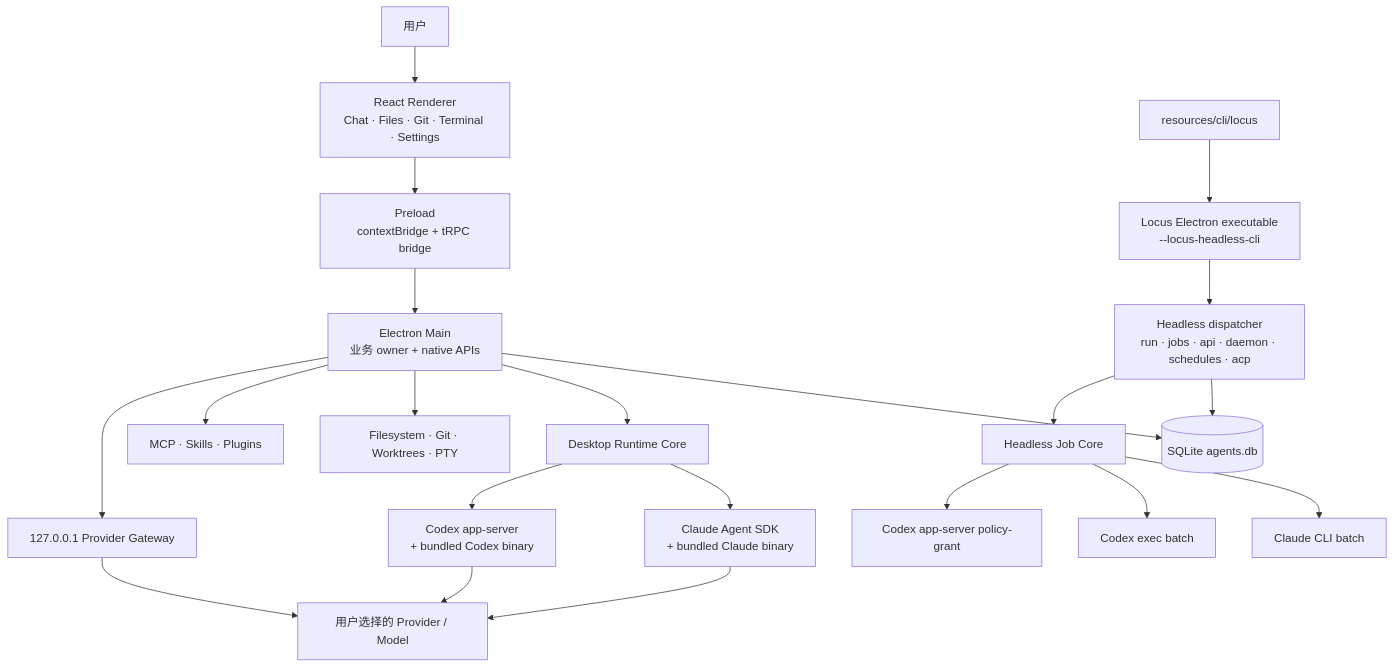
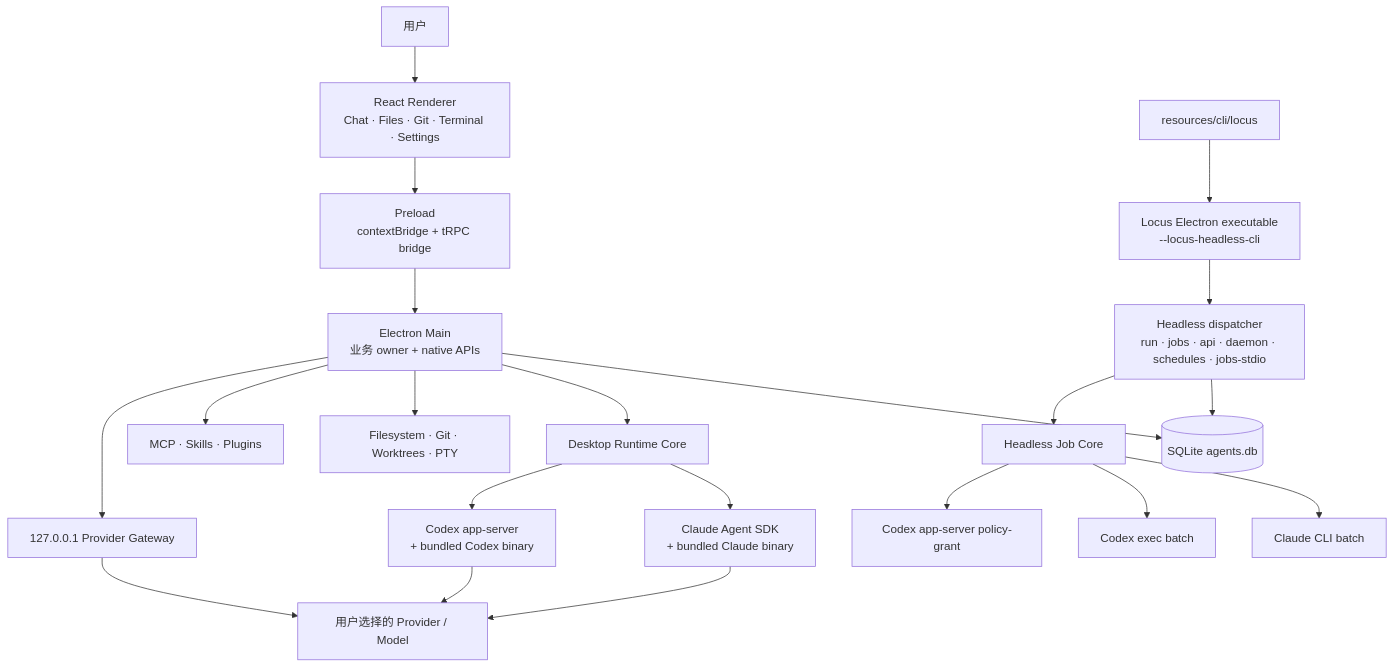
The first of 7 diagrams in docs/locus-architecture-strategy-handoff.zh-CN.md (lupanpan1030/agent-code-for-me), drawn with Mermaid before and after one commit. The commit also changed other lines of this file and 66 other files, not shown here.

````diff
--- a/docs/locus-architecture-strategy-handoff.zh-CN.md
+++ b/docs/locus-architecture-strategy-handoff.zh-CN.md
@@ -225,28 +230,28 @@
 ```mermaid
 flowchart TB
     HUMAN["用户"] --> RENDERER["React Renderer\nChat · Files · Git · Terminal · Settings"]
     RENDERER --> PRELOAD["Preload\ncontextBridge + tRPC bridge"]
     PRELOAD --> MAIN["Electron Main\n业务 owner + native APIs"]
 
     CLI["resources/cli/locus"] --> EXE["Locus Electron executable\n--locus-headless-cli"]
-    EXE --> HEADLESS["Headless dispatcher\nrun · jobs · api · daemon · schedules · acp"]
+    EXE --> HEADLESS["Headless dispatcher\nrun · jobs · api · daemon · schedules · jobs-stdio"]
 
     MAIN --> DB[("SQLite agents.db")]
     HEADLESS --> DB
 
     MAIN --> DESKTOPCORE["Desktop Runtime Core"]
     HEADLESS --> JOBCORE["Headless Job Core"]
 
     DESKTOPCORE --> CLAUDE["Claude Agent SDK\n+ bundled Claude binary"]
     DESKTOPCORE --> CODEX["Codex app-server\n+ bundled Codex binary"]
     JOBCORE --> CB["Claude CLI batch"]
     JOBCORE --> XB["Codex exec batch"]
     JOBCORE --> XA["Codex app-server policy-grant"]
 
     MAIN --> GIT["Filesystem · Git · Worktrees · PTY"]
     MAIN --> MCP["MCP · Skills · Plugins"]
     MAIN --> GATEWAY["127.0.0.1 Provider Gateway"]
     GATEWAY --> EXTERNAL["用户选择的 Provider / Model"]
     CLAUDE --> EXTERNAL
     CODEX --> EXTERNAL
 ```
````
